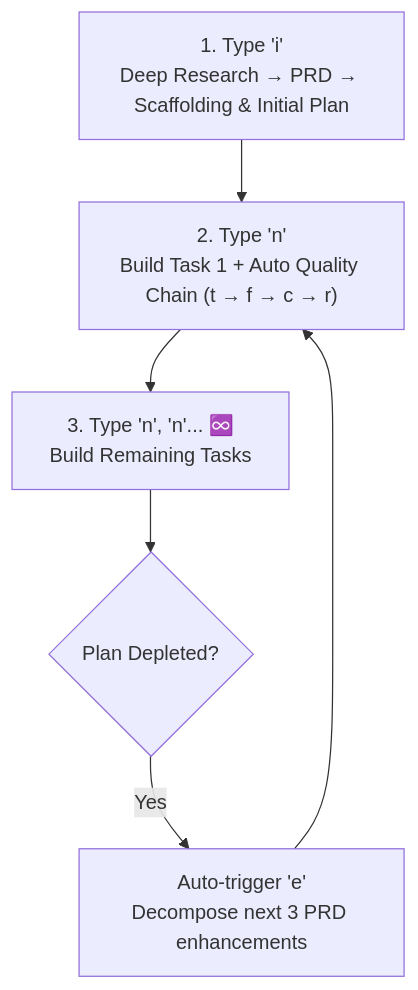
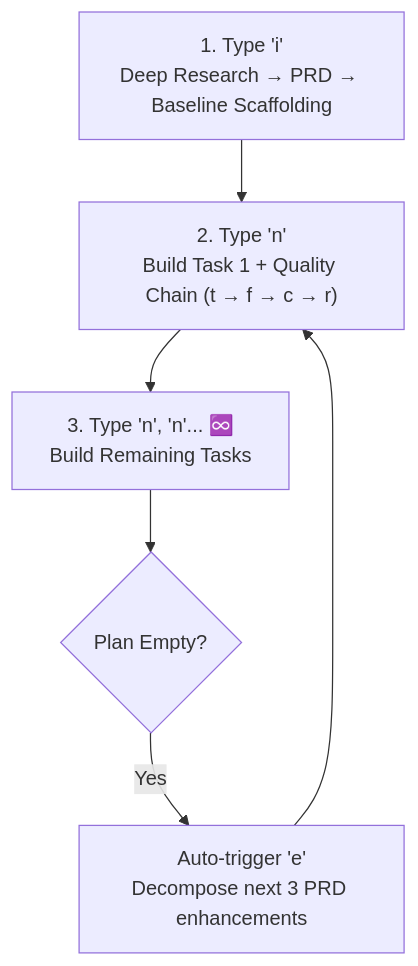
The diagram in README.md (abdshomad/autonomous-coding-agents), drawn with Mermaid before and after one commit. The commit also changed other lines of this file and 28 other files, not shown here.

````diff
--- a/README.md
+++ b/README.md
@@ -11,8 +10,8 @@
 ```mermaid
 flowchart TD
-    I["1. Type 'i'<br/>Deep Research → PRD → Scaffolding & Initial Plan"] --> N["2. Type 'n'<br/>Build Task 1 + Auto Quality Chain (t → f → c → r)"]
+    I["1. Type 'i'<br/>Deep Research → PRD → Baseline Scaffolding"] --> N["2. Type 'n'<br/>Build Task 1 + Quality Chain (t → f → c → r)"]
     N --> N2["3. Type 'n', 'n'... ♾️<br/>Build Remaining Tasks"]
-    N2 --> AutoE{"Plan Depleted?"}
+    N2 --> AutoE{"Plan Empty?"}
     AutoE -- "Yes" --> E["Auto-trigger 'e'<br/>Decompose next 3 PRD enhancements"]
     E --> N
 ```
````
